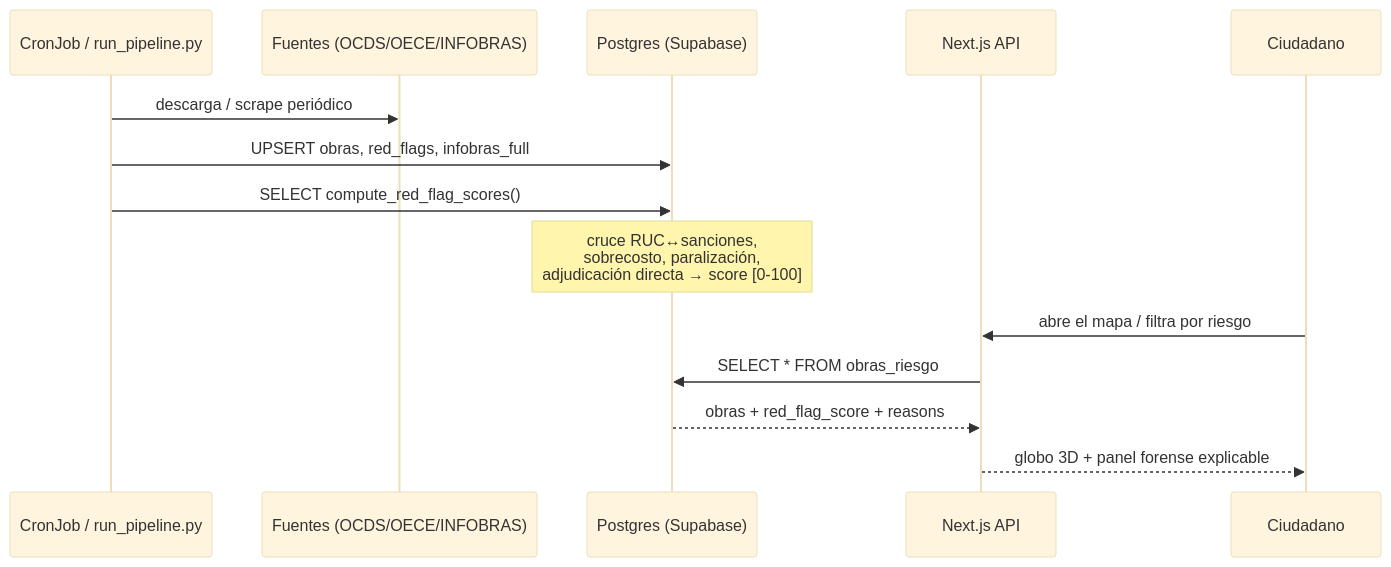
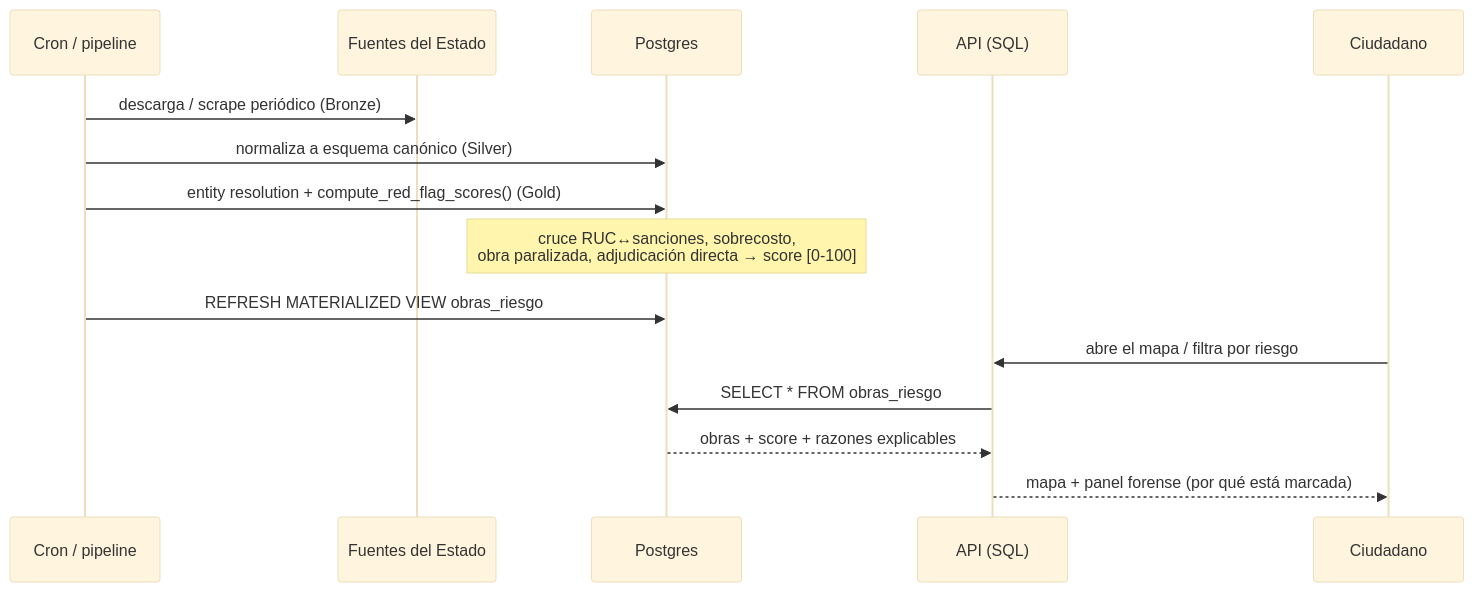
Before and after one commit to victorgalvez56/dsc-pucp-vibecoding-2026-hack: the second of 4 diagrams in docs/architecture.md, drawn with Mermaid (base theme). The commit also changed other lines of this file and 24 other files, not shown here.

````diff
--- a/docs/architecture.md
+++ b/docs/architecture.md
@@ -60,17 +78,18 @@
 ```mermaid
 sequenceDiagram
-    participant C as CronJob / run_pipeline.py
-    participant S as Fuentes (OCDS/OECE/INFOBRAS)
-    participant DB as Postgres (Supabase)
-    participant API as Next.js API
+    participant C as Cron / pipeline
+    participant S as Fuentes del Estado
+    participant DB as Postgres
+    participant API as API (SQL)
     participant U as Ciudadano
 
-    C->>S: descarga / scrape periódico
-    C->>DB: UPSERT obras, red_flags, infobras_full
-    C->>DB: SELECT compute_red_flag_scores()
-    Note over DB: cruce RUC↔sanciones,<br/>sobrecosto, paralización,<br/>adjudicación directa → score [0-100]
+    C->>S: descarga / scrape periódico (Bronze)
+    C->>DB: normaliza a esquema canónico (Silver)
+    C->>DB: entity resolution + compute_red_flag_scores() (Gold)
+    Note over DB: cruce RUC↔sanciones, sobrecosto,<br/>obra paralizada, adjudicación directa → score [0-100]
+    C->>DB: REFRESH MATERIALIZED VIEW obras_riesgo
     U->>API: abre el mapa / filtra por riesgo
     API->>DB: SELECT * FROM obras_riesgo
-    DB-->>API: obras + red_flag_score + reasons
-    API-->>U: globo 3D + panel forense explicable
+    DB-->>API: obras + score + razones explicables
+    API-->>U: mapa + panel forense (por qué está marcada)
 ```
````
